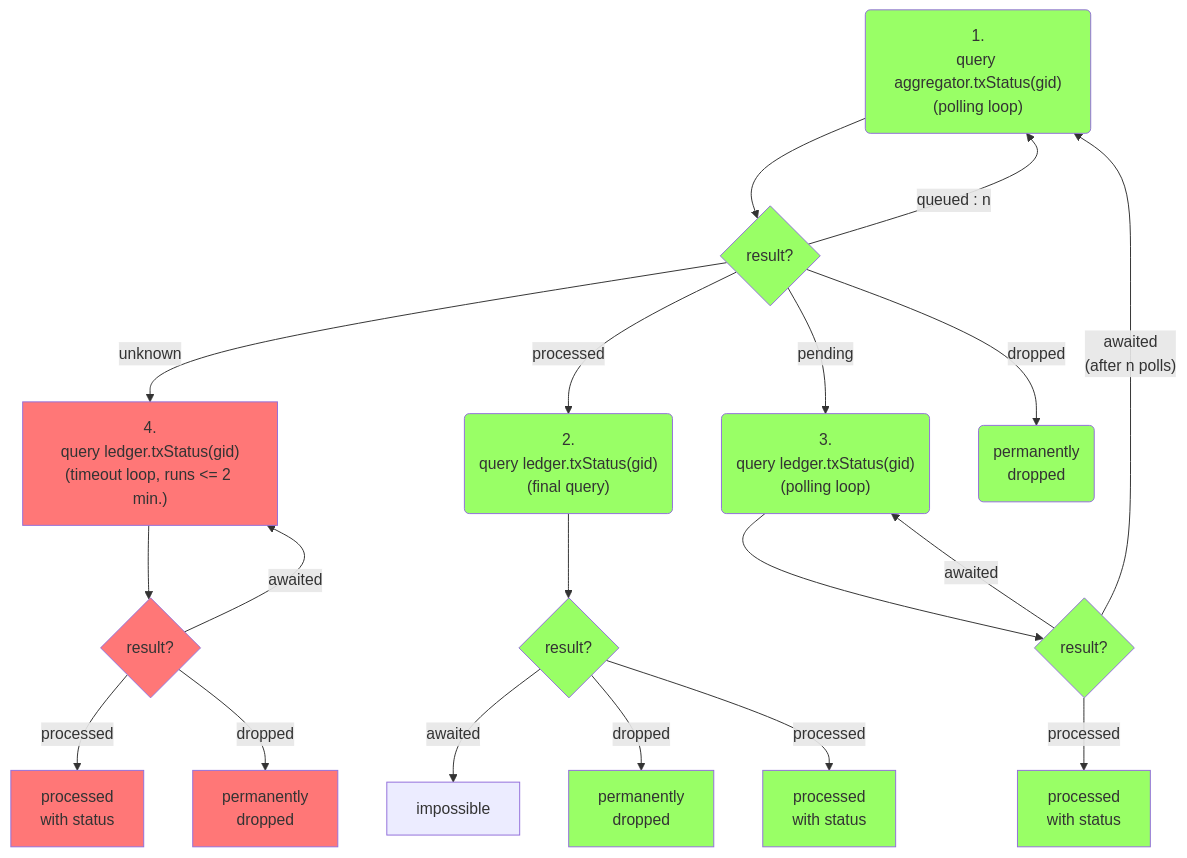
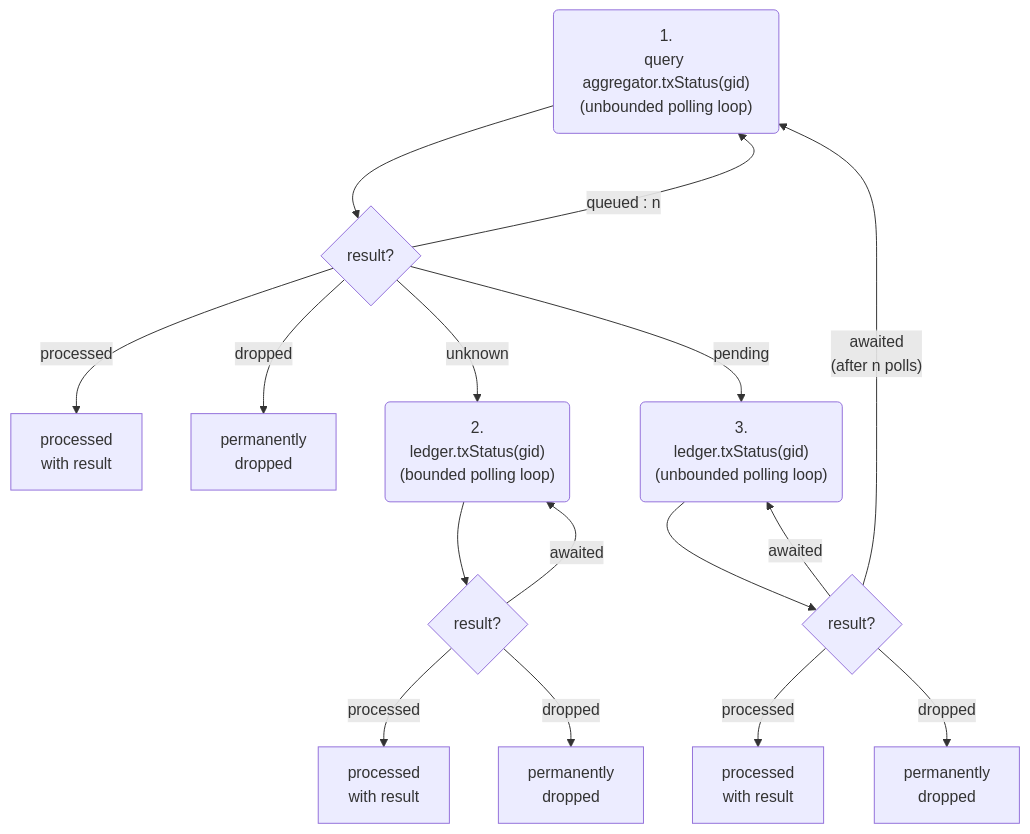
Before and after one commit to research-ag/hpl-io: the fifth of 6 diagrams in README.md, drawn with Mermaid. The commit also changed other lines of this file, not shown here.

Commit message:
Update README: split up client flow diagram in 3 protocols

````diff
--- a/README.md
+++ b/README.md
@@ -301,37 +302,26 @@
 ```mermaid
 flowchart TD
-    A("1.<br>query aggregator.txStatus(gid)<br>(polling loop)")
+    %% Aggregator unbounded loop %%
+    A("1.<br>query aggregator.txStatus(gid)<br>(unbounded polling loop)")
+    A --> R{result?}
+    R -->|queued : n| A 
+    R -->|processed| PF[processed<br>with result]
+    R -->|dropped| D["permanently<br>dropped"]
+    R -->|unknown| L 
+    R -->|pending| L2 
 
-    %% Aggregator %%
-    A --> R2{result?}
-    R2 -->|queued : n| A 
-    R2 -->|unknown| L3["4.<br>query ledger.txStatus(gid)<br>(timeout loop, runs <= 2 min.)"]
-    R2 -->|processed| LF("2.<br>query ledger.txStatus(gid)<br>(final query)")
-    R2 -->|pending| L2("3.<br>query ledger.txStatus(gid)<br>(polling loop)")
-    R2 -->|dropped| D4("permanently<br>dropped")
+    %% Ledger bounded loop %%
+    L("2.<br>ledger.txStatus(gid)<br>(bounded polling loop)")
+    L --> R2{result?}
+    R2 -->|awaited| L
+    R2 --> |processed| PF2[processed<br>with result]
+    R2 -->|dropped| D2["permanently<br>dropped"]
 
-    %% Ledger final query %%
-    LF --> R3{result?}
-    R3 -->|awaited| impossible
-    R3 -->|dropped| D2[permanently<br>dropped]
-    R3 -->|processed| P5[processed<br>with status]
-
-    %% Ledger polling loop %%
-    L2 --> R4{result?}
-    R4 --> |processed| P3[processed<br>with status]
-    R4 -->|awaited| L2
-    R4 -->|"awaited<br>(after n polls)"| A
-
-    %% Ledger timeout loop %%
-    L3 --> R5{result?}
-    R5 -->|awaited| L3
-    R5 --> |processed| P4[processed<br>with status]
-    R5 -->|dropped| D3["permanently<br>dropped"]
-    
-classDef green fill:#9f6
-classDef orange fill:#f96
-classDef red fill:#f77
-class A,R2,L2,R4,P3,D4 green
-class LF,R3,P2,D2,P5 green
-class L3,R5,D3,P4 red
+    %% Ledger unbounded loop %%
+    L2("3.<br>ledger.txStatus(gid)<br>(unbounded polling loop)")
+    L2 --> R3{result?}
+    R3 --> |processed| PF3[processed<br>with result]
+    R3 -->|dropped| D3[permanently<br>dropped]
+    R3 -->|awaited| L2
+    R3 -->|"awaited<br>(after n polls)"| A
 ```
````
